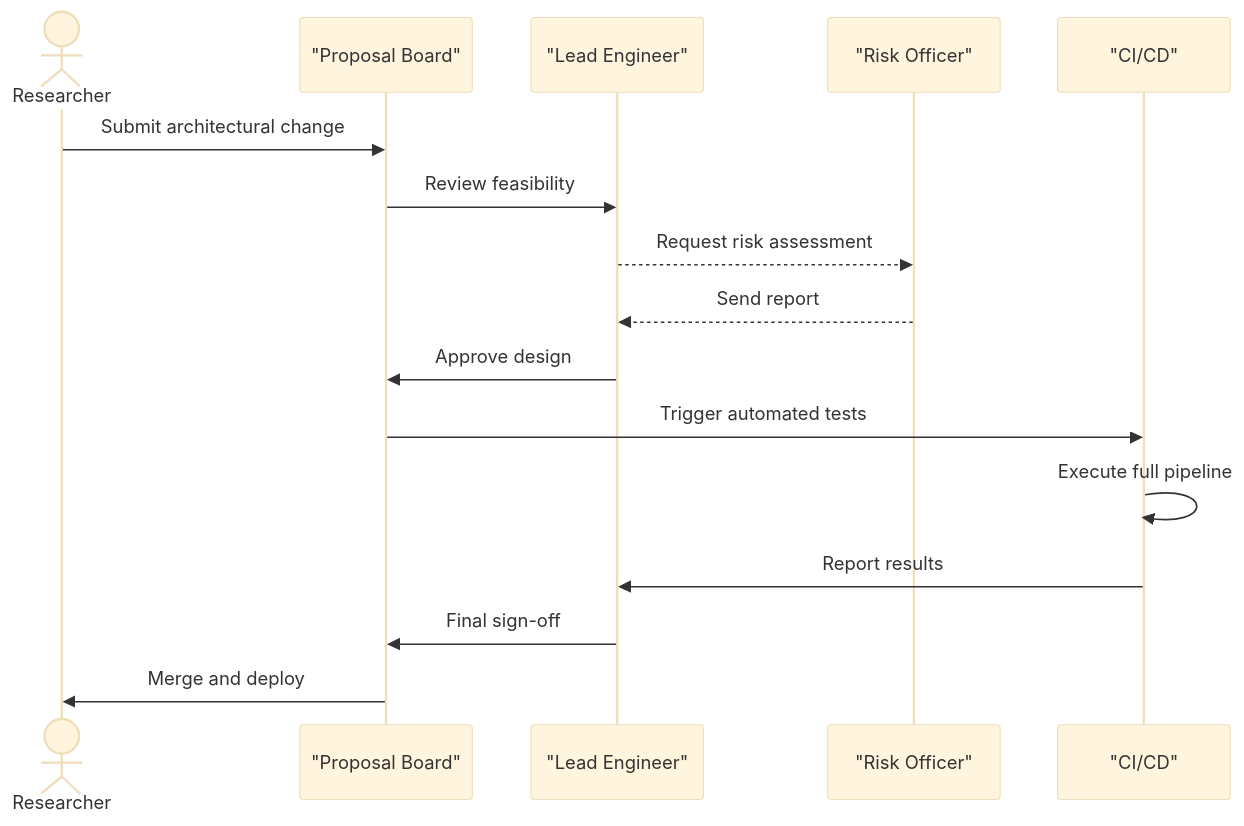
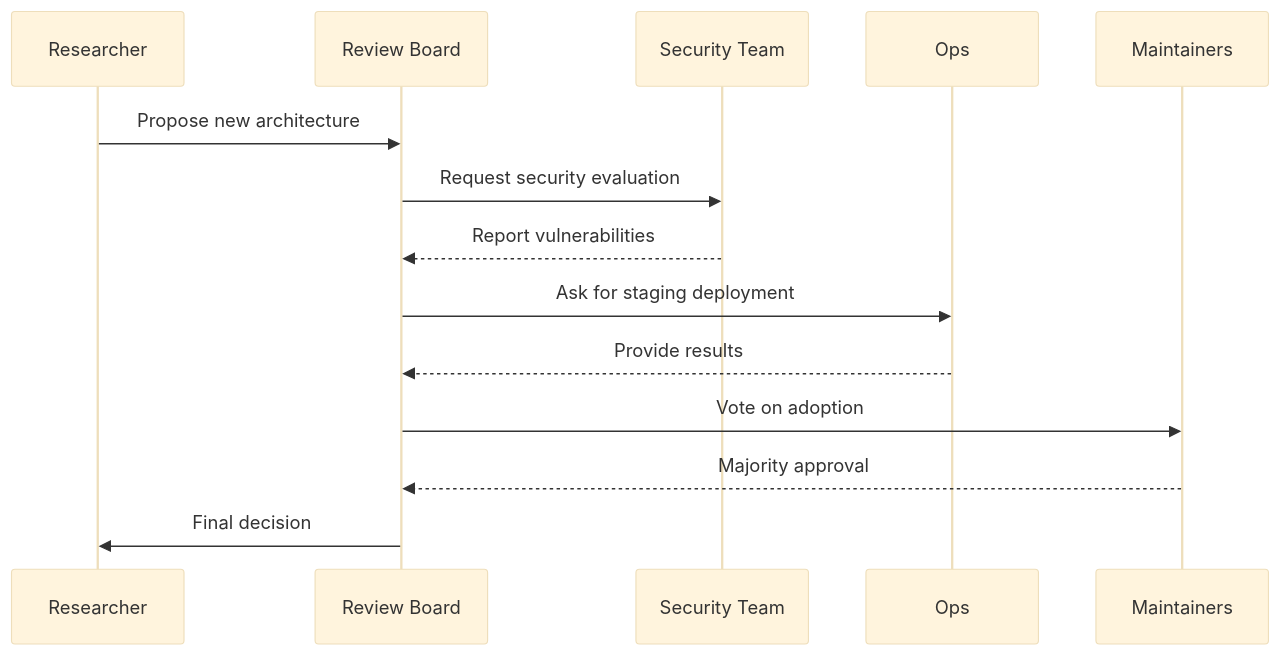
One commit to adrianwedd/continuous-thought-machines changed the diagram in SELF_AUDIT.md. Above: the diagram before and after it, drawn with Mermaid (base theme). The commit also changed other lines of this file and 3 other files, not shown here.

````diff
--- a/SELF_AUDIT.md
+++ b/SELF_AUDIT.md
@@ -172,18 +86,16 @@
 ```mermaid
 sequenceDiagram
-  actor Researcher
-  participant ProposalBoard as "Proposal Board"
-  participant LeadEngineer as "Lead Engineer"
-  participant RiskOfficer as "Risk Officer"
-  participant CI as "CI/CD"
-  Researcher->>ProposalBoard: Submit architectural change
-  ProposalBoard->>LeadEngineer: Review feasibility
-  LeadEngineer-->>RiskOfficer: Request risk assessment
-  RiskOfficer-->>LeadEngineer: Send report
-  LeadEngineer->>ProposalBoard: Approve design
-  ProposalBoard->>CI: Trigger automated tests
-  CI->>CI: Execute full pipeline
-  CI->>LeadEngineer: Report results
-  LeadEngineer->>ProposalBoard: Final sign-off
-  ProposalBoard->>Researcher: Merge and deploy
+    participant R as Researcher
+    participant B as Review Board
+    participant S as Security Team
+    participant O as Ops
+    participant M as Maintainers
+    R->>B: Propose new architecture
+    B->>S: Request security evaluation
+    S-->>B: Report vulnerabilities
+    B->>O: Ask for staging deployment
+    O-->>B: Provide results
+    B->>M: Vote on adoption
+    M-->>B: Majority approval
+    B->>R: Final decision
 ```
````
